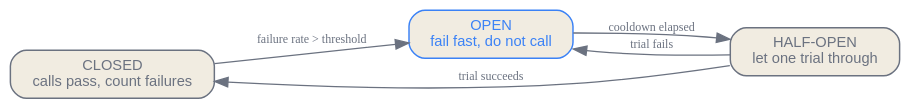
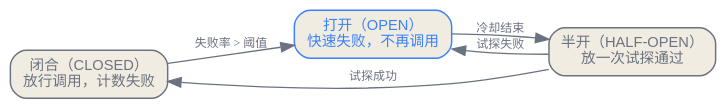
The second of 2 diagrams in zh/practice/10-reliability-nondeterministic.qmd (latere-ai/ai-as-an-infrastructure), drawn with Graphviz before and after one commit. The commit also changed other lines of this file and 273 other files, not shown here.

Commit message:
docs: localize Chinese diagrams

````diff
--- a/zh/practice/10-reliability-nondeterministic.qmd
+++ b/zh/practice/10-reliability-nondeterministic.qmd
@@ -93,19 +93,19 @@
 ```{dot}
 //| label: fig-reliability-breaker
 //| fig-cap: "熔断器是一个挡在失败依赖前面的三态机。CLOSED 放行调用并计数失败；一旦失败率越过阈值它就跳到 OPEN、快速失败而不再调用；冷却之后它转入 HALF-OPEN、放一次试探通过，成功则闭合，失败则重新打开。"
 digraph breaker {
   rankdir=LR;
   bgcolor="transparent";
   node [shape=box, style="rounded,filled", fontname="Helvetica", fontsize=11, color="#6b7280", fontcolor="#6b7280", fillcolor="#f1ece1", penwidth=1.1];
   edge [color="#6b7280", fontcolor="#6b7280", fontsize=9];
 
-  closed [label="CLOSED\ncalls pass, count failures"];
-  open   [label="OPEN\nfail fast, do not call", color="#3b82f6", fontcolor="#3b82f6"];
-  half   [label="HALF-OPEN\nlet one trial through"];
+  closed [label="闭合（CLOSED）\n放行调用，计数失败"];
+  open   [label="打开（OPEN）\n快速失败，不再调用", color="#3b82f6", fontcolor="#3b82f6"];
+  half   [label="半开（HALF-OPEN）\n放一次试探通过"];
 
-  closed -> open  [label="failure rate > threshold"];
-  open   -> half  [label="cooldown elapsed"];
-  half   -> closed [label="trial succeeds"];
-  half   -> open  [label="trial fails"];
+  closed -> open  [label="失败率 > 阈值"];
+  open   -> half  [label="冷却结束"];
+  half   -> closed [label="试探成功"];
+  half   -> open  [label="试探失败"];
 }
 ```
````
